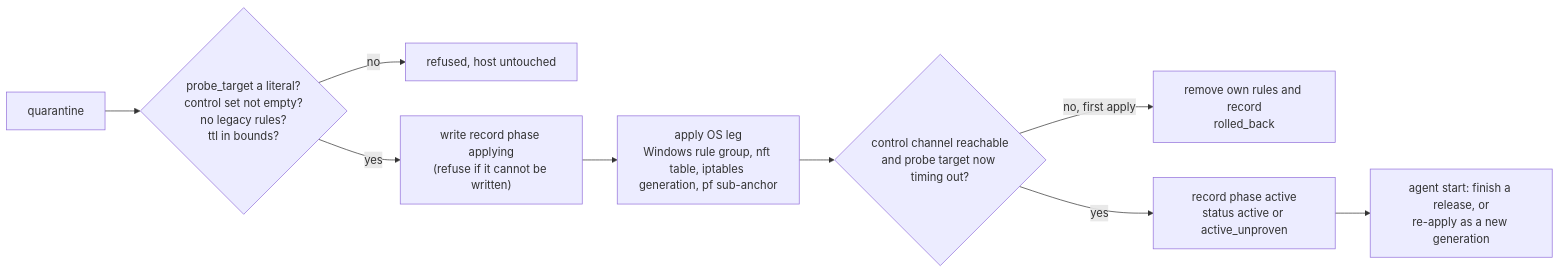
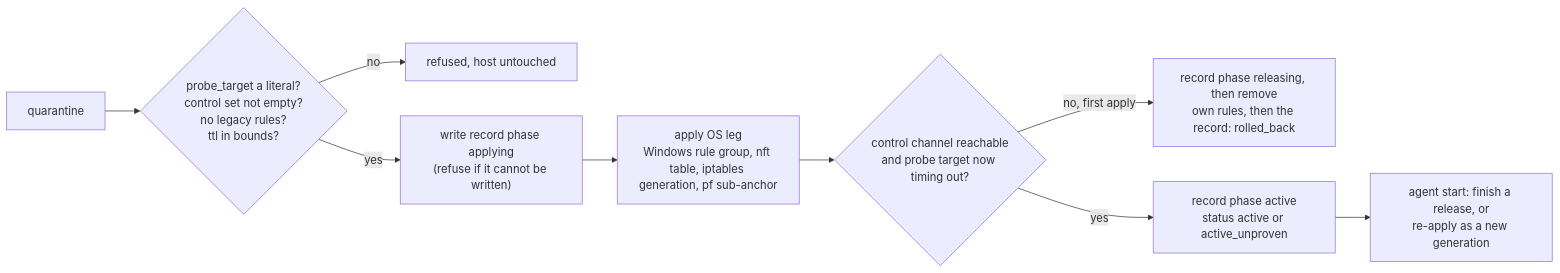
One commit to DevNullLtd/Yuzu changed the second of 4 diagrams in agents/plugins/firewall/README.md. Above: the diagram before and after it, drawn with Mermaid. The commit also changed other lines of this file and 10 other files, not shown here.

````diff
--- a/agents/plugins/firewall/README.md
+++ b/agents/plugins/firewall/README.md
@@ -60,11 +60,11 @@
 ```mermaid
 flowchart LR
   Q["quarantine"] --> V{"probe_target a literal?<br/>control set not empty?<br/>no legacy rules?<br/>ttl in bounds?"}
   V -- "no" --> R["refused, host untouched"]
   V -- "yes" --> REC["write record phase applying<br/>(refuse if it cannot be written)"]
   REC --> AP["apply OS leg<br/>Windows rule group, nft table, iptables generation, pf sub-anchor"]
   AP --> VF{"control channel reachable<br/>and probe target now timing out?"}
-  VF -- "no, first apply" --> RB["remove own rules and record<br/>rolled_back"]
+  VF -- "no, first apply" --> RB["record phase releasing, then remove<br/>own rules, then the record: rolled_back"]
   VF -- "yes" --> ACT["record phase active<br/>status active or active_unproven"]
   ACT --> INIT["agent start: finish a release, or<br/>re-apply as a new generation"]
 ```
````
